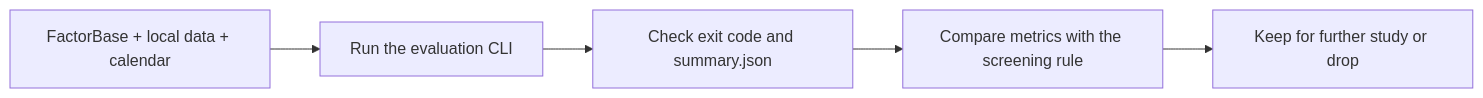
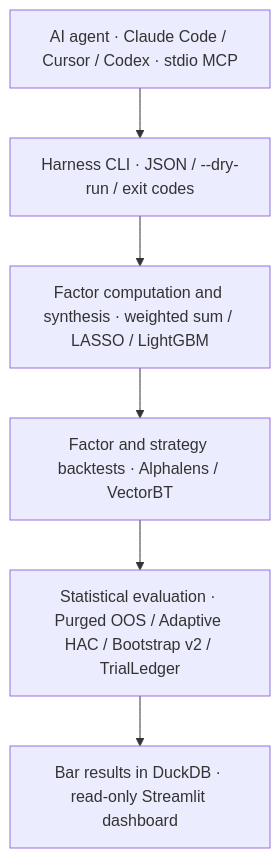
One commit to GSX-Eis/jq-factor-lab changed the diagram in README.md. Above: the diagram before and after it, drawn with Mermaid. The commit also changed other lines of this file and 57 other files, not shown here.

````diff
--- a/README.md
+++ b/README.md
@@ -96,7 +16,8 @@
 ```mermaid
-flowchart LR
-    A["FactorBase + local data + calendar"] --> B["Run the evaluation CLI"]
-    B --> C["Check exit code and summary.json"]
-    C --> D["Compare metrics with the screening rule"]
-    D --> E["Keep for further study or drop"]
+flowchart TD
+    A["AI agent · Claude Code / Cursor / Codex · stdio MCP"] --> B["Harness CLI · JSON / --dry-run / exit codes"]
+    B --> C["Factor computation and synthesis · weighted sum / LASSO / LightGBM"]
+    C --> D["Factor and strategy backtests · Alphalens / VectorBT"]
+    D --> E["Statistical evaluation · Purged OOS / Adaptive HAC / Bootstrap v2 / TrialLedger"]
+    E --> F["Bar results in DuckDB · read-only Streamlit dashboard"]
 ```
````
